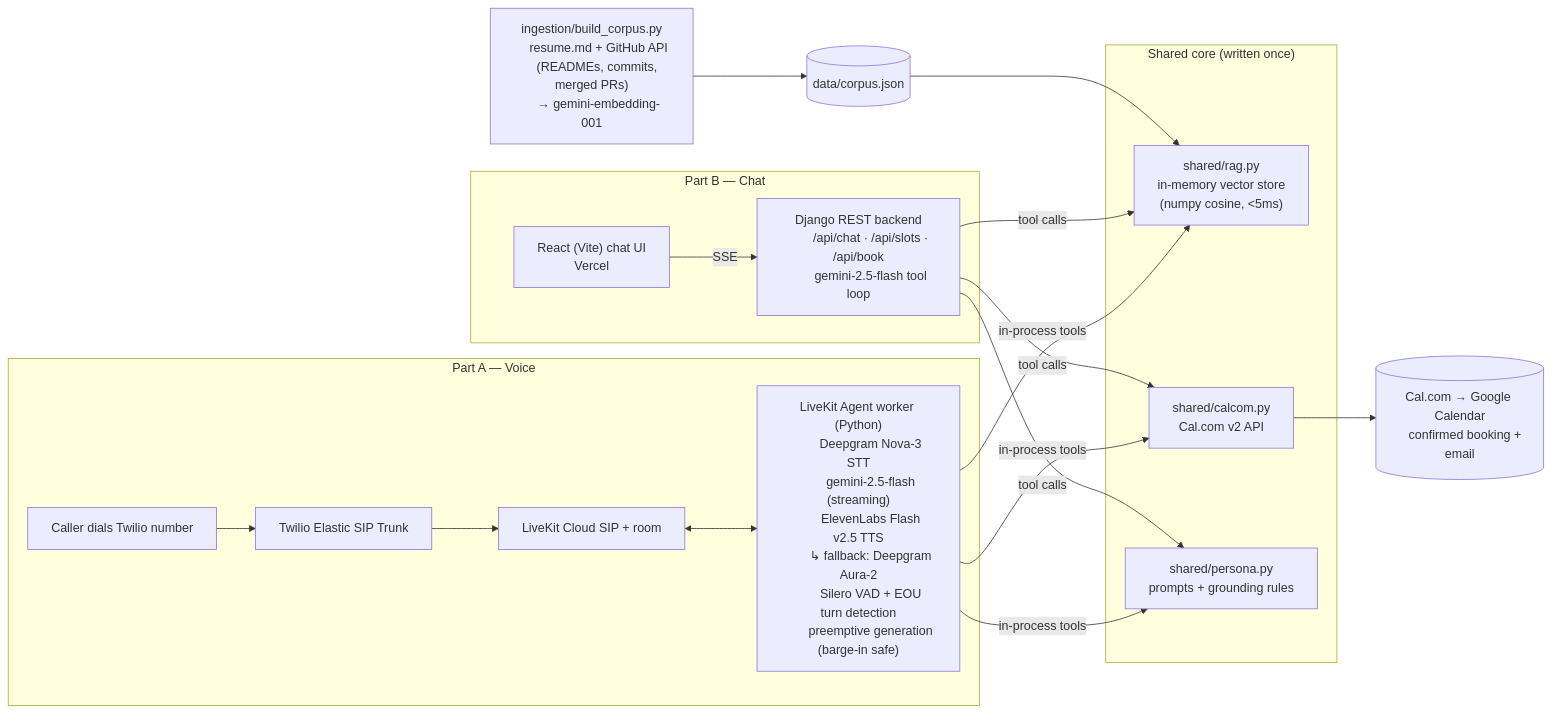
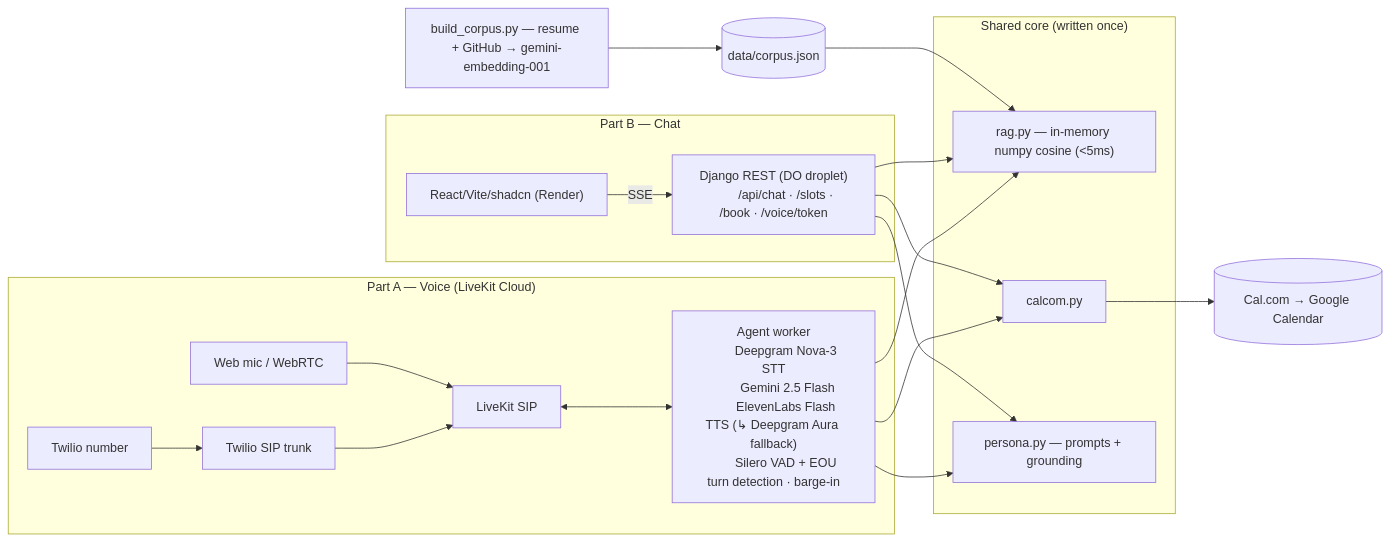
One commit to Eeshu-Yadav/scaler-ai-persona changed the diagram in README.md. Above: the diagram before and after it, drawn with Mermaid. The commit also changed other lines of this file, not shown here.

Commit message:
Trim README: leaner, fix stale references (droplet backend, Render frontend, flash judge, key rotation)

````diff
--- a/README.md
+++ b/README.md
@@ -50,42 +29,24 @@
 ```mermaid
 flowchart LR
-    subgraph Voice["Part A — Voice"]
-        PSTN[Caller dials Twilio number] --> SIP[Twilio Elastic SIP Trunk]
-        SIP --> LK[LiveKit Cloud SIP + room]
-        LK <--> AGENT["LiveKit Agent worker (Python)
+    subgraph Voice["Part A — Voice (LiveKit Cloud)"]
+        PSTN[Twilio number] --> SIP[Twilio SIP trunk] --> LK[LiveKit SIP]
+        WEB[Web mic / WebRTC] --> LK
+        LK <--> AGENT["Agent worker
         Deepgram Nova-3 STT
-        gemini-2.5-flash (streaming)
-        ElevenLabs Flash v2.5 TTS
-        ↳ fallback: Deepgram Aura-2
-        Silero VAD + EOU turn detection
-        preemptive generation (barge-in safe)"]
+        Gemini 2.5 Flash
+        ElevenLabs Flash TTS (↳ Deepgram Aura fallback)
+        Silero VAD + EOU turn detection · barge-in"]
     end
-
     subgraph Chat["Part B — Chat"]
-        UI["React (Vite) chat UI
-        Vercel"] -- SSE --> DRF["Django REST backend
-        /api/chat · /api/slots · /api/book
-        gemini-2.5-flash tool loop"]
+        UI["React/Vite/shadcn (Render)"] -- SSE --> API["Django REST (DO droplet)
+        /api/chat · /slots · /book · /voice/token"]
     end
-
     subgraph Shared["Shared core (written once)"]
-        RAG["shared/rag.py
-        in-memory vector store
-        (numpy cosine, <5ms)"]
-        CAL["shared/calcom.py
-        Cal.com v2 API"]
-        PERSONA["shared/persona.py
-        prompts + grounding rules"]
+        RAG["rag.py — in-memory numpy cosine (<5ms)"]
+        CAL["calcom.py"]
+        P["persona.py — prompts + grounding"]
     end
-
-    AGENT -- "in-process tools" --> RAG & CAL & PERSONA
-    DRF -- "tool calls" --> RAG & CAL & PERSONA
-    CAL --> CALCOM[("Cal.com → Google Calendar
-    confirmed booking + email")]
-
-    ING["ingestion/build_corpus.py
-    resume.md + GitHub API
-    (READMEs, commits, merged PRs)
-    → gemini-embedding-001"] --> CORPUS[("data/corpus.json")]
-    CORPUS --> RAG
+    AGENT & API --> RAG & CAL & P
+    CAL --> CALCOM[("Cal.com → Google Calendar")]
+    ING["build_corpus.py — resume + GitHub → gemini-embedding-001"] --> CORPUS[("data/corpus.json")] --> RAG
 ```
````
